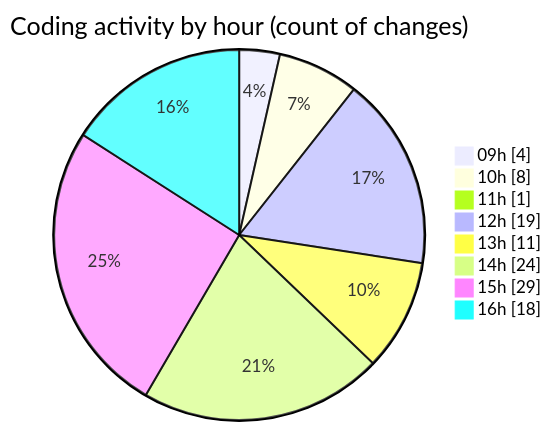
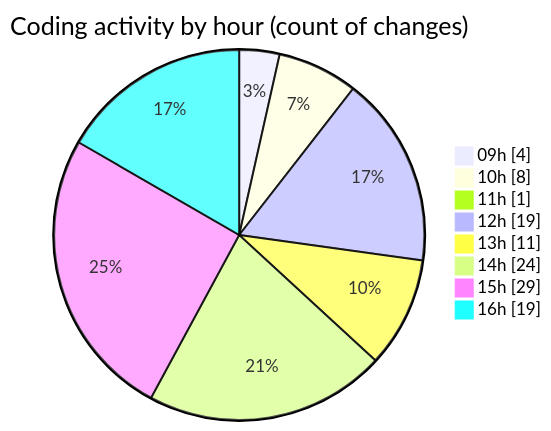
Before and after one commit to nxtqubesakshisongat/code-tracking: the second of 2 diagrams in 2026-02-18/nxtqube_webapp/README.md, drawn with Mermaid. The commit also changed other lines of this file and 1 other file, not shown here.

````diff
--- a/2026-02-18/nxtqube_webapp/README.md
+++ b/2026-02-18/nxtqube_webapp/README.md
@@ -38,12 +38,12 @@
 ```mermaid
 pie showData
 title Coding activity by hour (count of changes)
 "09h" : 4
 "10h" : 8
 "11h" : 1
 "12h" : 19
 "13h" : 11
 "14h" : 24
 "15h" : 29
-"16h" : 18
+"16h" : 19
 ```
````
